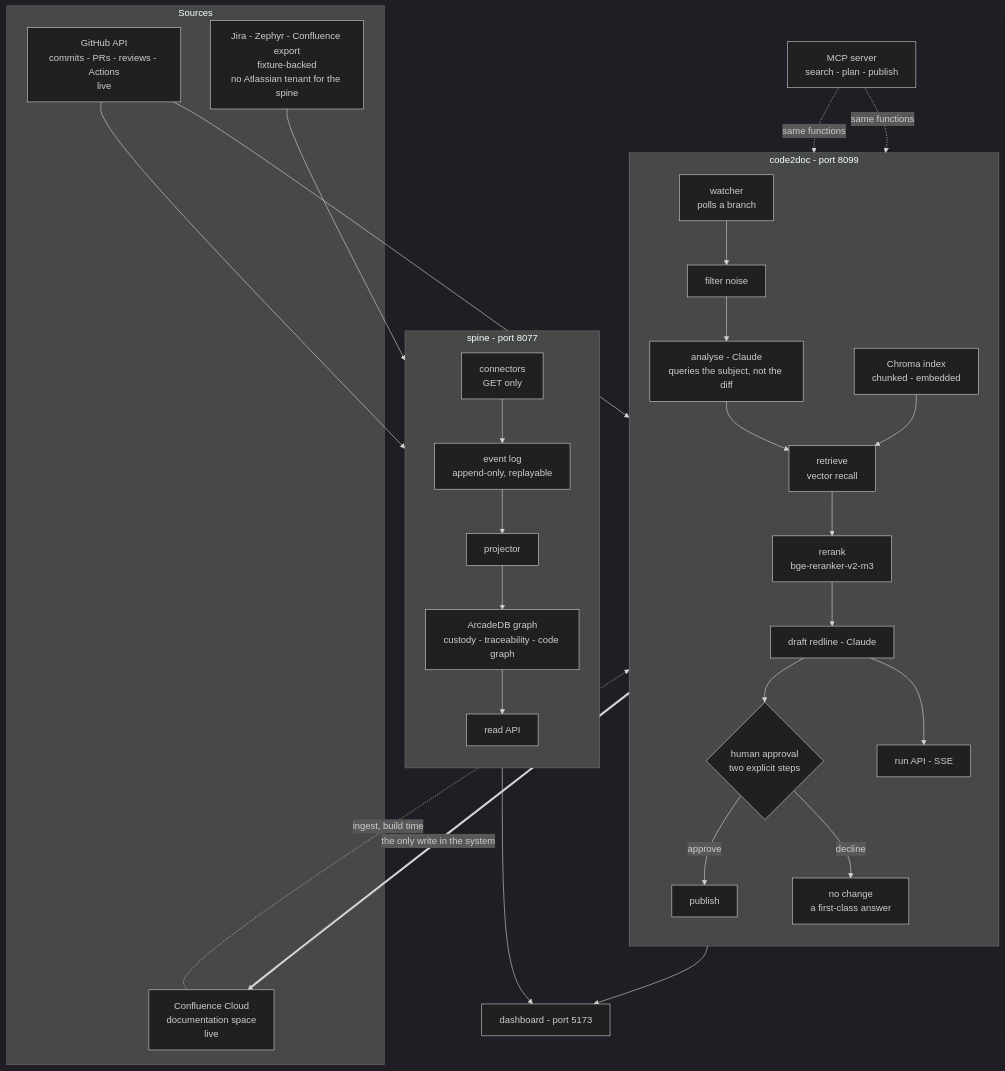
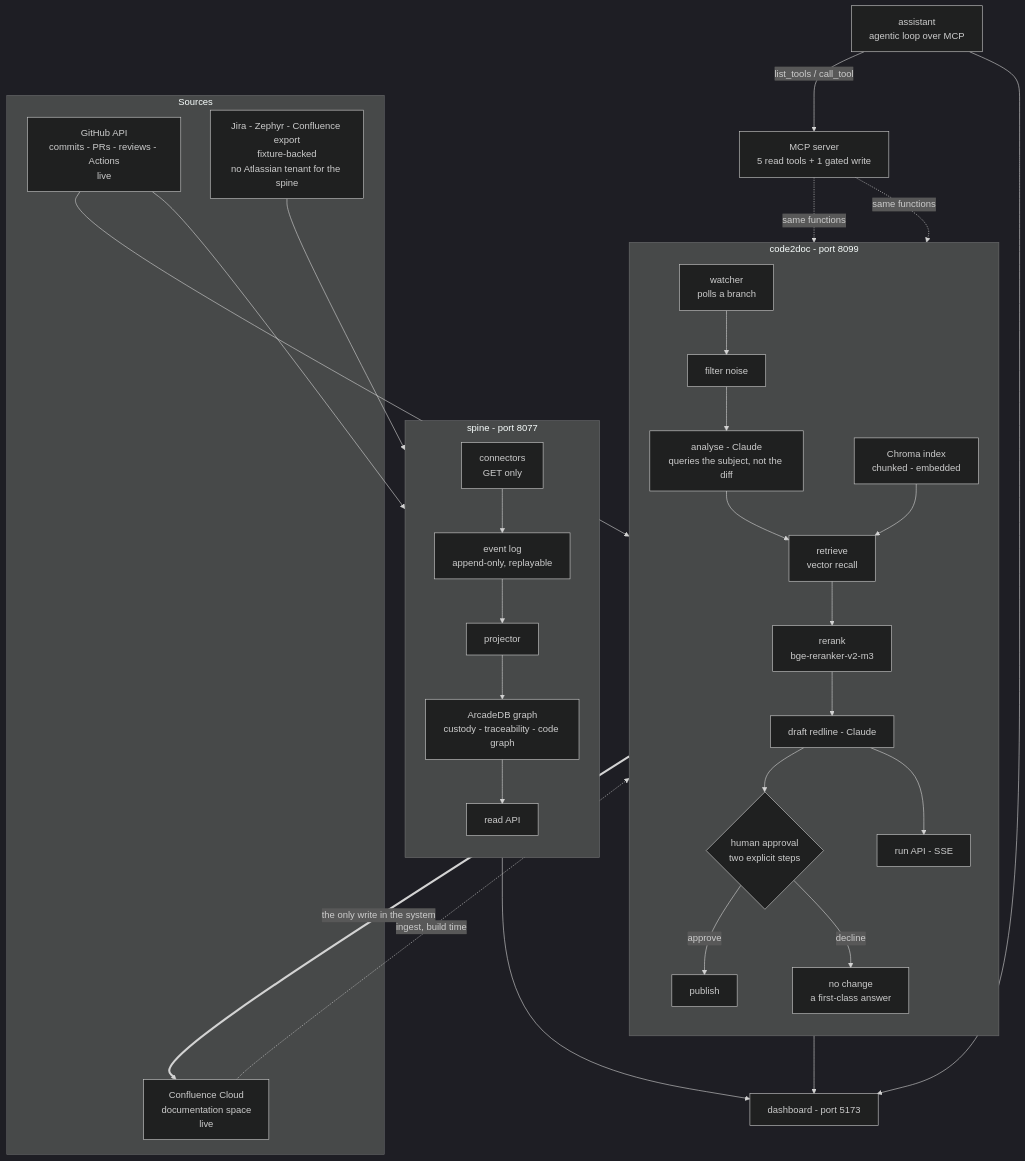
Before and after one commit to ShubhamMujumdar/payment-processing-app: the diagram in README.md, drawn with Mermaid (dark theme). The commit also changed 10 other files, not shown here.

First line of the commit message:
feat(chat): an agentic assistant whose tools are the MCP server's

````diff
--- a/README.md
+++ b/README.md
@@ -20,52 +20,55 @@
 ```mermaid
 flowchart TB
     subgraph SRC["Sources"]
         GH["GitHub API<br/>commits - PRs - reviews - Actions<br/>live"]
         CFL["Confluence Cloud<br/>documentation space<br/>live"]
         FX["Jira - Zephyr - Confluence export<br/>fixture-backed<br/>no Atlassian tenant for the spine"]
     end
 
     subgraph SPINE["spine - port 8077"]
         direction TB
         CONN["connectors<br/>GET only"]
         LOG["event log<br/>append-only, replayable"]
         PROJ["projector"]
         GRAPH["ArcadeDB graph<br/>custody - traceability - code graph"]
         SAPI["read API"]
         CONN --> LOG --> PROJ --> GRAPH --> SAPI
     end
 
     subgraph C2D["code2doc - port 8099"]
         direction TB
         W["watcher<br/>polls a branch"]
         F["filter noise"]
         A["analyse - Claude<br/>queries the subject, not the diff"]
         IDX["Chroma index<br/>chunked - embedded"]
         R["retrieve<br/>vector recall"]
         RR["rerank<br/>bge-reranker-v2-m3"]
         D["draft redline - Claude"]
         G{"human approval<br/>two explicit steps"}
         P["publish"]
         N["no change<br/>a first-class answer"]
         CAPI["run API - SSE"]
         W --> F --> A --> R
         IDX --> R --> RR --> D --> G
         G -->|approve| P
         G -->|decline| N
         D --> CAPI
     end
 
-    MCP["MCP server<br/>search - plan - publish"]
+    MCP["MCP server<br/>5 read tools + 1 gated write"]
+    CHAT["assistant<br/>agentic loop over MCP"]
     WEB["dashboard - port 5173"]
 
     GH --> CONN
     FX --> CONN
     GH --> W
     CFL -.->|ingest, build time| IDX
     P ==>|the only write in the system| CFL
 
     SAPI --> WEB
     CAPI --> WEB
     MCP -.->|same functions| R
     MCP -.->|same functions| P
+    CHAT -->|list_tools / call_tool| MCP
+    CHAT --> WEB
 ```
````
